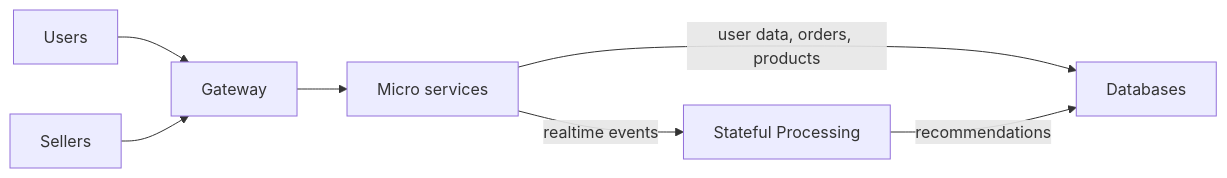
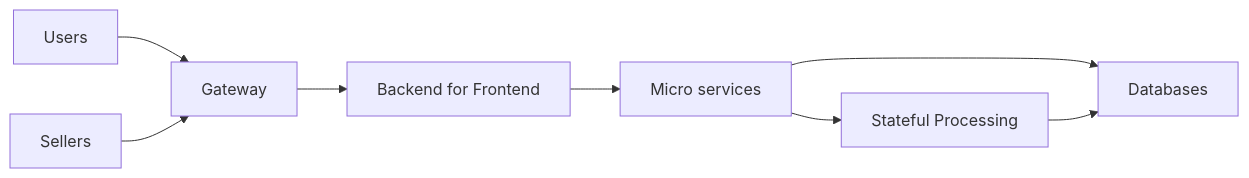
One commit to Ilias-Tzortzinis/SellerSphere changed the diagram in docs/arch.md. Above: the diagram before and after it, drawn with Mermaid. The commit also changed other lines of this file and 17 other files, not shown here.

````diff
--- a/docs/arch.md
+++ b/docs/arch.md
@@ -7,10 +7,11 @@
 ```mermaid
 graph LR
 Users --> G[Gateway]
 Sellers --> G
+G --> BFF[Backend for Frontend]
 
-G --> M[Micro services]
-M -- user data, orders, products --> Databases
-M -- realtime events --> P[Stateful Processing]
-P -- recommendations --> Databases
+BFF --> M[Micro services]
+M --> Databases
+M --> P[Stateful Processing]
+P --> Databases
 ```
````
